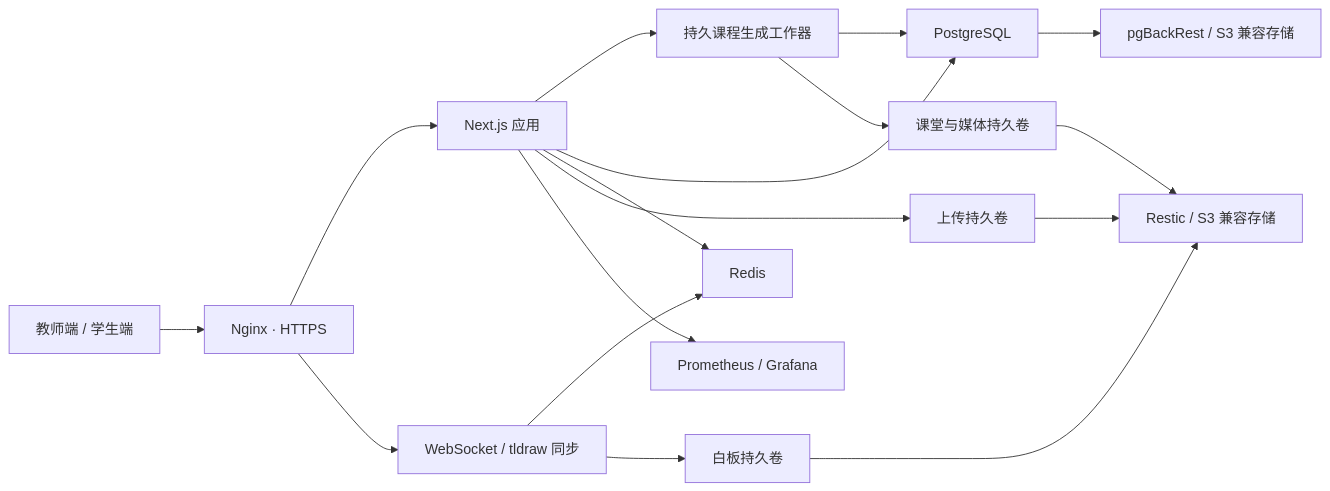
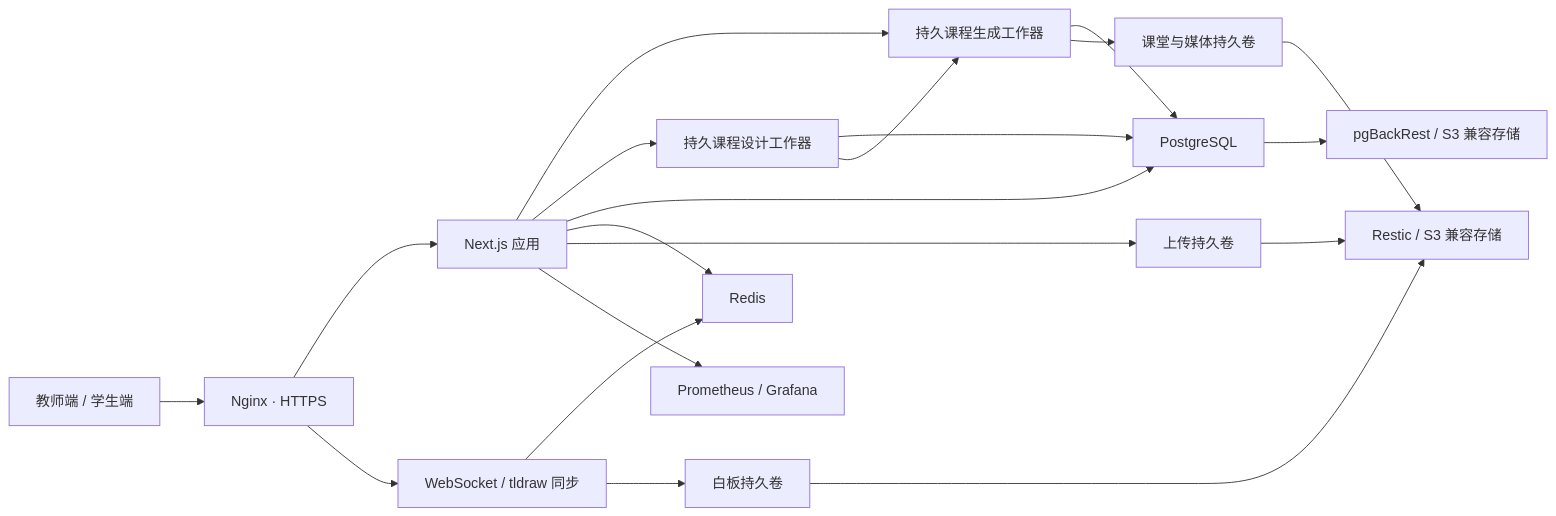
One commit to 050603/openPBL changed the diagram in README.md. Above: the diagram before and after it, drawn with Mermaid. The commit also changed other lines of this file and 141 other files, not shown here.

````diff
--- a/README.md
+++ b/README.md
@@ -100,19 +112,22 @@
 ```mermaid
 flowchart LR
     B["教师端 / 学生端"] --> N["Nginx · HTTPS"]
     N --> A["Next.js 应用"]
     N --> W["WebSocket / tldraw 同步"]
     A --> G["持久课程生成工作器"]
+    A --> D["持久课程设计工作器"]
+    D --> P
+    D --> G
     G --> P
     A --> P["PostgreSQL"]
     A --> R["Redis"]
     W --> R
     W --> V["白板持久卷"]
     A --> U["上传持久卷"]
     G --> C["课堂与媒体持久卷"]
     P --> BK["pgBackRest / S3 兼容存储"]
     U --> RB["Restic / S3 兼容存储"]
     V --> RB
     C --> RB
     A --> M["Prometheus / Grafana"]
 ```
````
